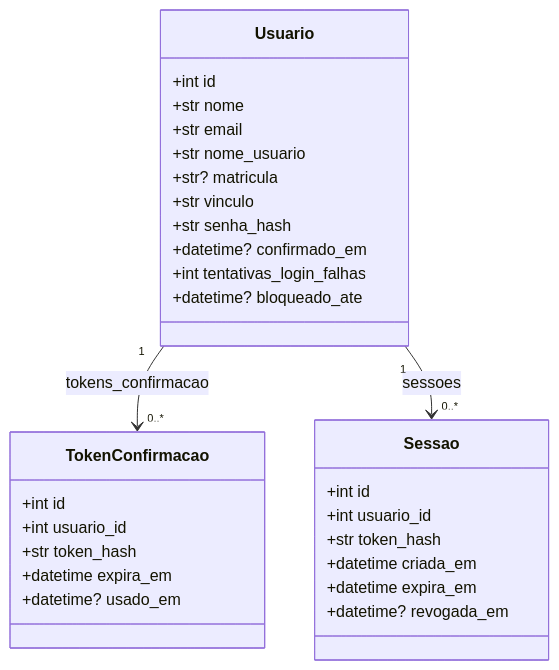
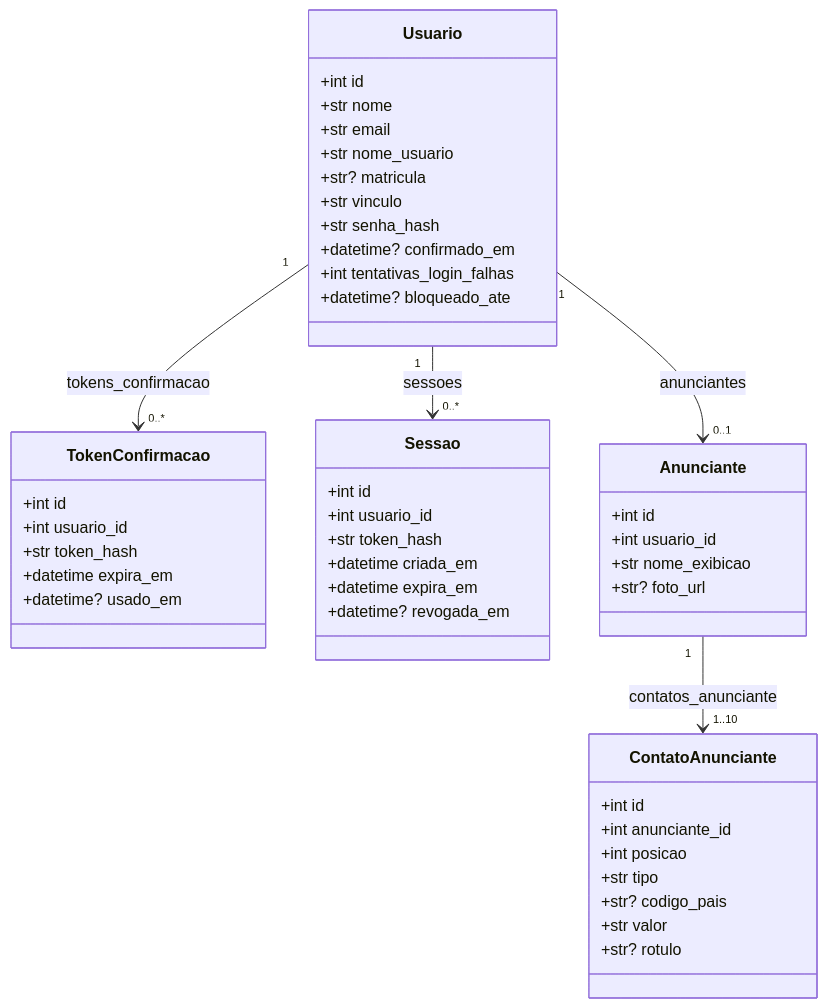
The diagram in server/infra/db/README.md (xXeverton/classificados-puc), drawn with Mermaid before and after one commit. The commit also changed other lines of this file and 20 other files, not shown here.

First line of the commit message:
[Proj-25] Modelagem do anunciante e dos contatos

````diff
--- a/server/infra/db/README.md
+++ b/server/infra/db/README.md
@@ -11,32 +11,49 @@
 ```mermaid
 classDiagram
     class Usuario {
         +int id
         +str nome
         +str email
         +str nome_usuario
         +str? matricula
         +str vinculo
         +str senha_hash
         +datetime? confirmado_em
         +int tentativas_login_falhas
         +datetime? bloqueado_ate
     }
     class TokenConfirmacao {
         +int id
         +int usuario_id
         +str token_hash
         +datetime expira_em
         +datetime? usado_em
     }
     class Sessao {
         +int id
         +int usuario_id
         +str token_hash
         +datetime criada_em
         +datetime expira_em
         +datetime? revogada_em
     }
+    class Anunciante {
+        +int id
+        +int usuario_id
+        +str nome_exibicao
+        +str? foto_url
+    }
+    class ContatoAnunciante {
+        +int id
+        +int anunciante_id
+        +int posicao
+        +str tipo
+        +str? codigo_pais
+        +str valor
+        +str? rotulo
+    }
     Usuario "1" --> "0..*" TokenConfirmacao : tokens_confirmacao
     Usuario "1" --> "0..*" Sessao : sessoes
+    Usuario "1" --> "0..1" Anunciante : anunciantes
+    Anunciante "1" --> "1..10" ContatoAnunciante : contatos_anunciante
 ```
````
